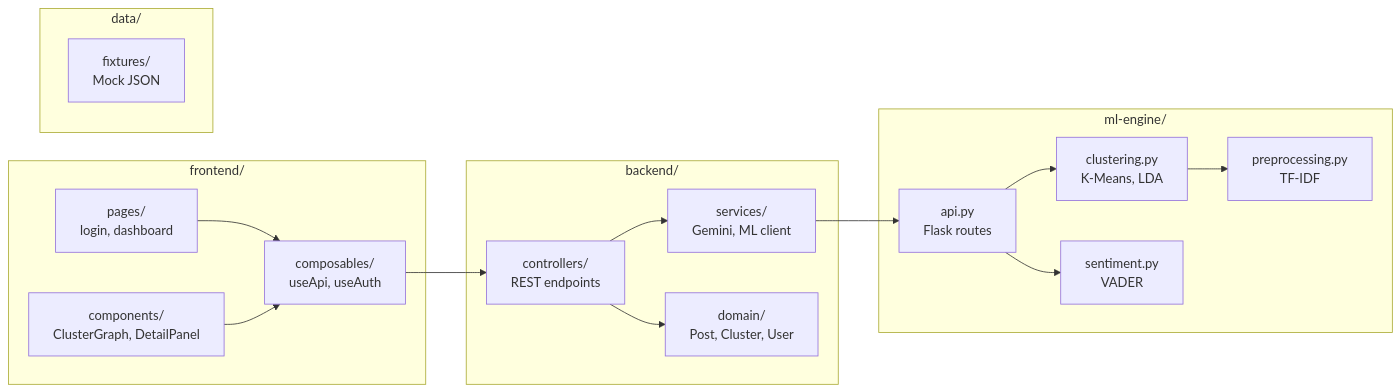
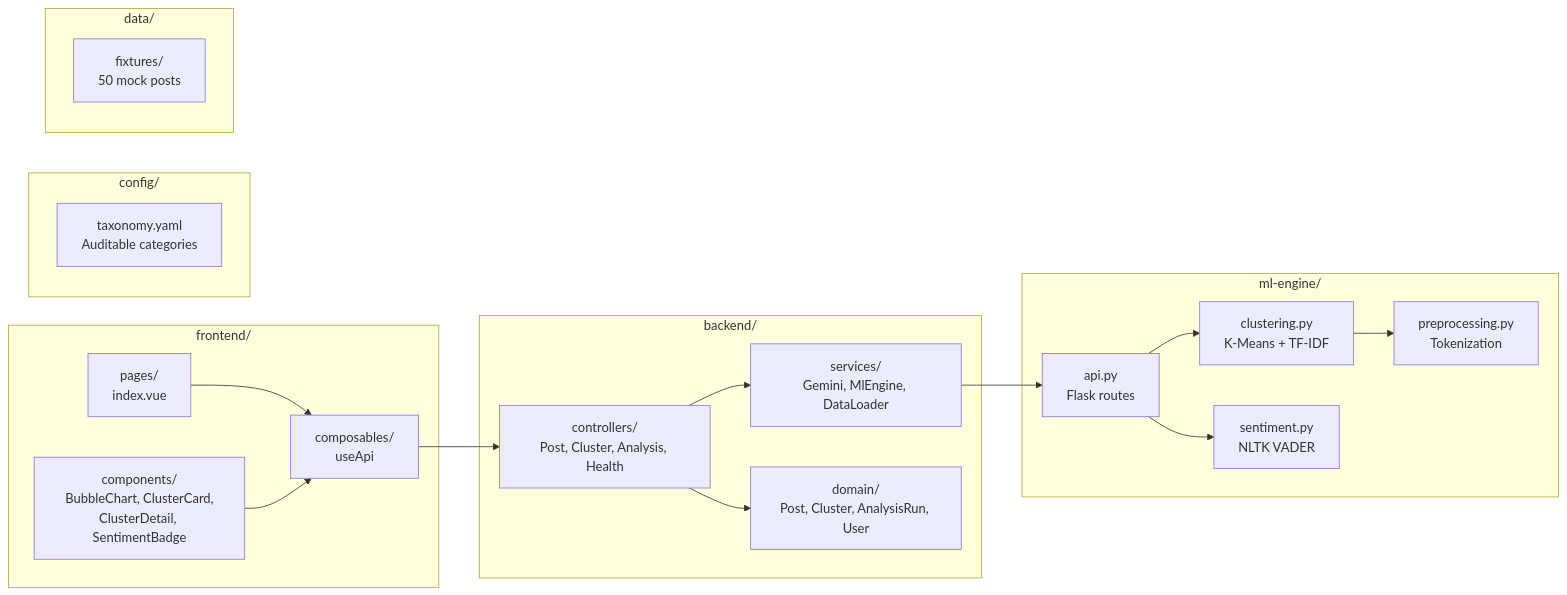
One commit to Bphissles/brand-sentiment-analysis changed the fourth of 7 diagrams in docs/ARCHITECTURE.md. Above: the diagram before and after it, drawn with Mermaid. The commit also changed other lines of this file and 12 other files, not shown here.

````diff
--- a/docs/ARCHITECTURE.md
+++ b/docs/ARCHITECTURE.md
@@ -158,35 +158,39 @@
 ```mermaid
 graph LR
     subgraph frontend["frontend/"]
-        PAGES[pages/<br/>login, dashboard]
-        COMPONENTS[components/<br/>ClusterGraph, DetailPanel]
-        COMPOSABLES[composables/<br/>useApi, useAuth]
+        PAGES[pages/<br/>index.vue]
+        COMPONENTS[components/<br/>BubbleChart, ClusterCard,<br/>ClusterDetail, SentimentBadge]
+        COMPOSABLES[composables/<br/>useApi]
     end
 
     subgraph backend["backend/"]
-        CONTROLLERS[controllers/<br/>REST endpoints]
-        SERVICES[services/<br/>Gemini, ML client]
-        DOMAIN[domain/<br/>Post, Cluster, User]
+        CONTROLLERS[controllers/<br/>Post, Cluster, Analysis, Health]
+        SERVICES[services/<br/>Gemini, MlEngine, DataLoader]
+        DOMAIN[domain/<br/>Post, Cluster, AnalysisRun, User]
     end
 
     subgraph mlengine["ml-engine/"]
         API[api.py<br/>Flask routes]
-        CLUSTERING[clustering.py<br/>K-Means, LDA]
-        SENTIMENT[sentiment.py<br/>VADER]
-        PREPROCESS[preprocessing.py<br/>TF-IDF]
+        CLUSTERING[clustering.py<br/>K-Means + TF-IDF]
+        SENTIMENT[sentiment.py<br/>NLTK VADER]
+        PREPROCESS[preprocessing.py<br/>Tokenization]
+    end
+
+    subgraph config["config/"]
+        TAXONOMY[taxonomy.yaml<br/>Auditable categories]
     end
 
     subgraph data["data/"]
-        FIXTURES[fixtures/<br/>Mock JSON]
+        FIXTURES[fixtures/<br/>50 mock posts]
     end
 
     PAGES --> COMPOSABLES
     COMPONENTS --> COMPOSABLES
     COMPOSABLES --> CONTROLLERS
     CONTROLLERS --> SERVICES
     CONTROLLERS --> DOMAIN
     SERVICES --> API
     API --> CLUSTERING
     API --> SENTIMENT
     CLUSTERING --> PREPROCESS
 ```
````
